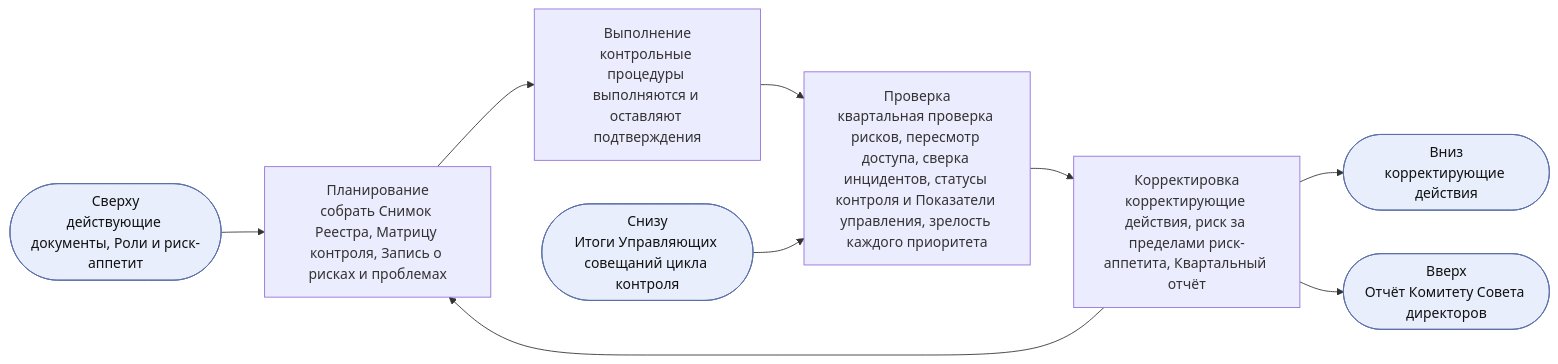
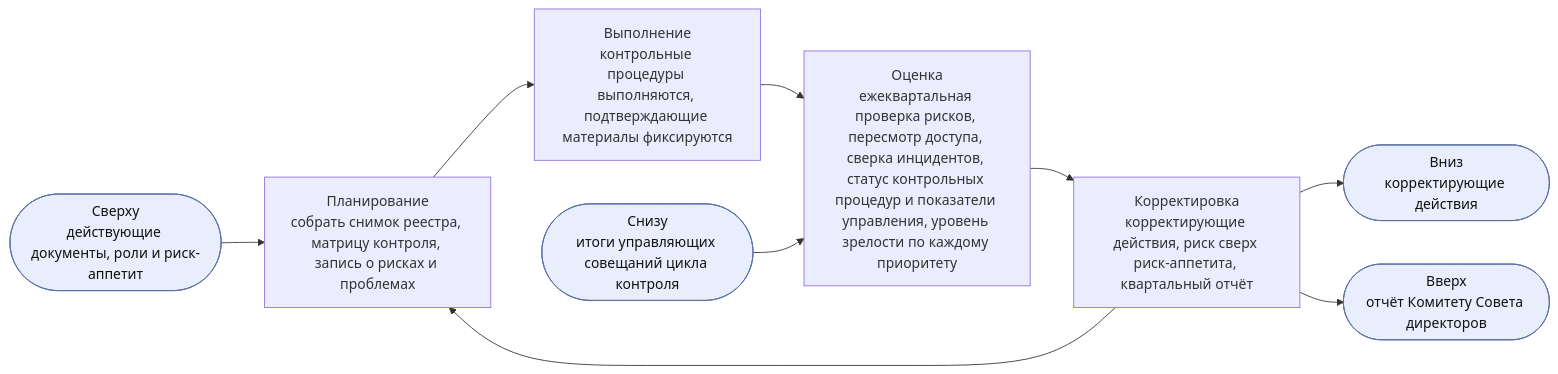
One commit to devhogu/ob-aicc changed the third of 8 diagrams in charter/ru/documents/operating-model.md. Above: the diagram before and after it, drawn with Mermaid. The commit also changed other lines of this file and 2 other files, not shown here.

````diff
--- a/charter/ru/documents/operating-model.md
+++ b/charter/ru/documents/operating-model.md
@@ -189,9 +189,9 @@
 ```mermaid
 flowchart LR
-  IN(["Сверху<br/>действующие документы, Роли и риск-аппетит"]):::iface --> P
-  P["Планирование<br/>собрать Снимок Реестра, Матрицу контроля, Запись о рисках и проблемах"] --> D["Выполнение<br/>контрольные процедуры выполняются и оставляют подтверждения"] --> C["Проверка<br/>квартальная проверка рисков, пересмотр доступа, сверка инцидентов, статусы контроля и Показатели управления, зрелость каждого приоритета"] --> A["Корректировка<br/>корректирующие действия, риск за пределами риск-аппетита, Квартальный отчёт"] --> P
-  EV(["Снизу<br/>Итоги Управляющих совещаний цикла контроля"]):::iface --> C
+  IN(["Сверху<br/>действующие документы, роли и риск-аппетит"]):::iface --> P
+  P["Планирование<br/>собрать снимок реестра, матрицу контроля, запись о рисках и проблемах"] --> D["Выполнение<br/>контрольные процедуры выполняются, подтверждающие материалы фиксируются"] --> C["Оценка<br/>ежеквартальная проверка рисков, пересмотр доступа, сверка инцидентов, статус контрольных процедур и показатели управления, уровень зрелости по каждому приоритету"] --> A["Корректировка<br/>корректирующие действия, риск сверх риск-аппетита, квартальный отчёт"] --> P
+  EV(["Снизу<br/>итоги управляющих совещаний цикла контроля"]):::iface --> C
   A --> OUT(["Вниз<br/>корректирующие действия"]):::iface
-  A --> UP(["Вверх<br/>Отчёт Комитету Совета директоров"]):::iface
+  A --> UP(["Вверх<br/>отчёт Комитету Совета директоров"]):::iface
   classDef iface fill:#e8eefc,stroke:#5a6fa8,color:#111
 ```
````
